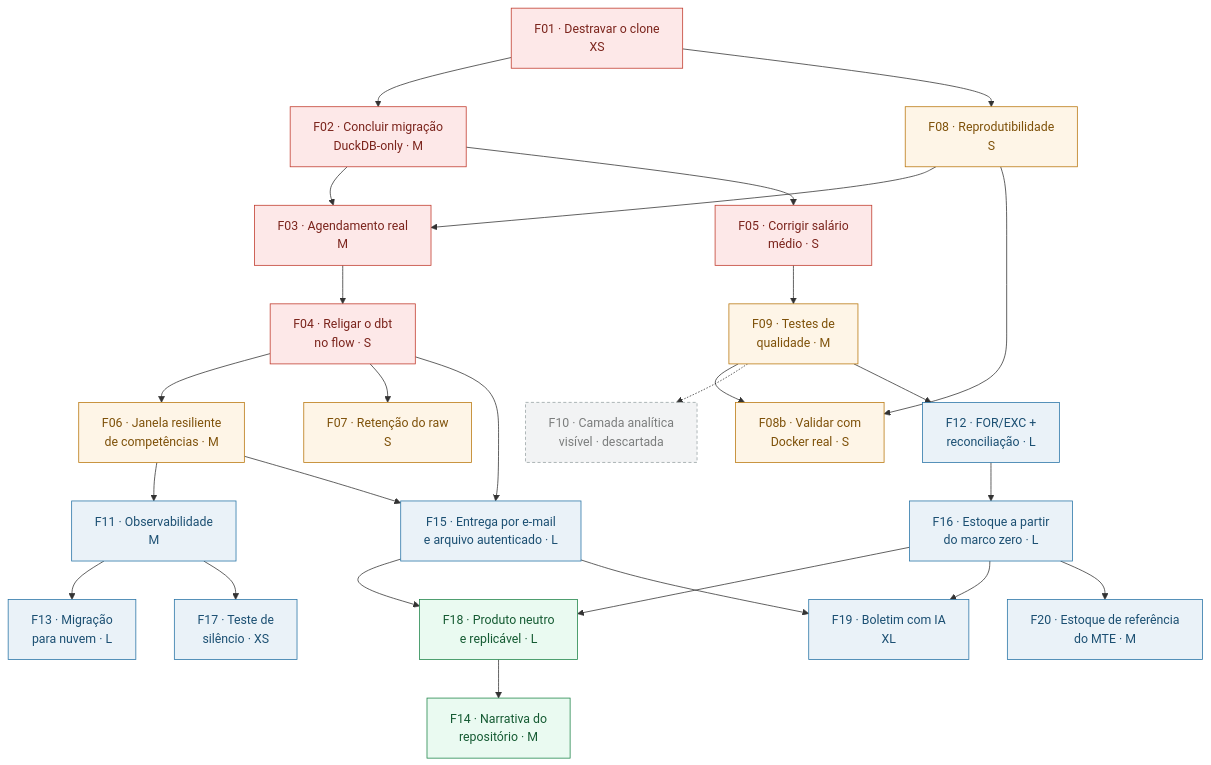
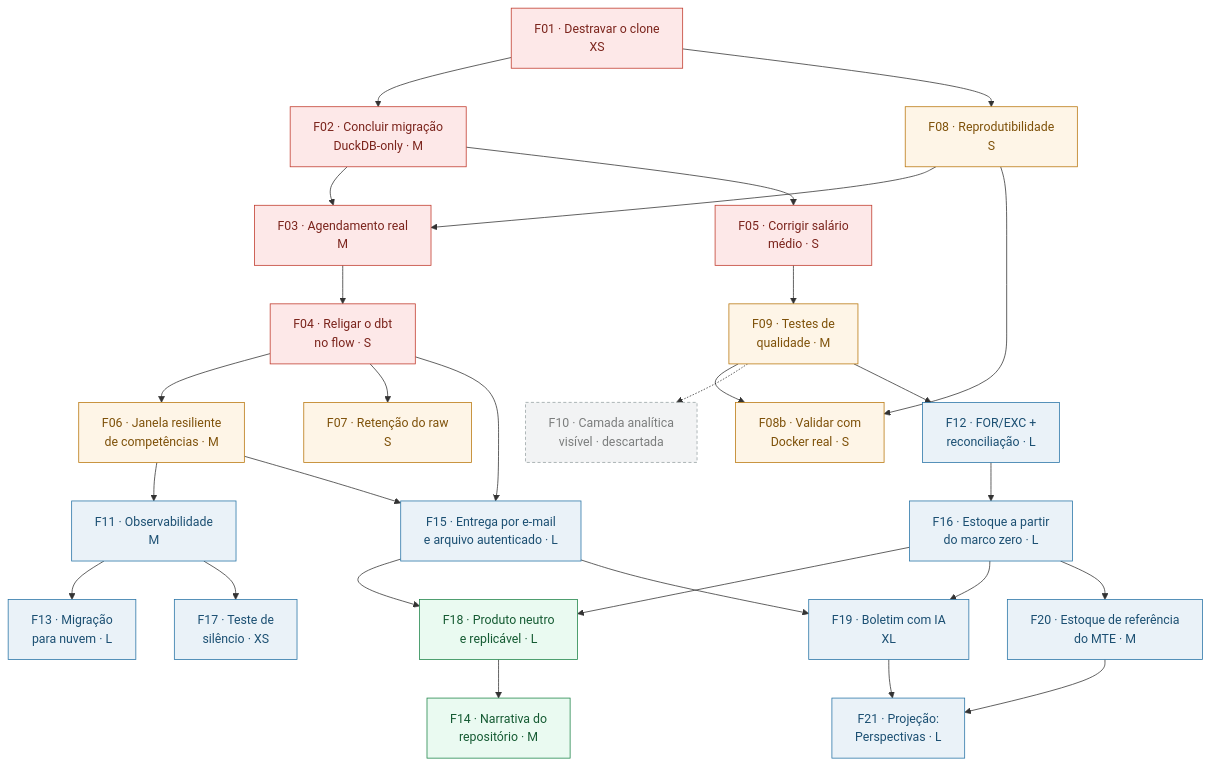
One commit to raulleninis/heco-caged-datastack changed the diagram in docs/fatias/README.md. Above: the diagram before and after it, drawn with Mermaid. The commit also changed other lines of this file and 14 other files, not shown here.

````diff
--- a/docs/fatias/README.md
+++ b/docs/fatias/README.md
@@ -13,39 +13,41 @@
 ```mermaid
 flowchart TD
     F01["F01 · Destravar o clone<br/>XS"] --> F02["F02 · Concluir migração<br/>DuckDB-only · M"]
     F01 --> F08["F08 · Reprodutibilidade<br/>S"]
     F02 --> F03["F03 · Agendamento real<br/>M"]
     F08 --> F03
     F03 --> F04["F04 · Religar o dbt<br/>no flow · S"]
     F04 --> F06["F06 · Janela resiliente<br/>de competências · M"]
     F02 --> F05["F05 · Corrigir salário<br/>médio · S"]
     F05 --> F09["F09 · Testes de<br/>qualidade · M"]
     F04 --> F07["F07 · Retenção do raw<br/>S"]
     F08 --> F08b["F08b · Validar com<br/>Docker real · S"]
     F09 --> F08b
     F09 -.-> F10["F10 · Camada analítica<br/>visível · descartada"]
     F06 --> F11["F11 · Observabilidade<br/>M"]
     F09 --> F12["F12 · FOR/EXC +<br/>reconciliação · L"]
     F11 --> F13["F13 · Migração<br/>para nuvem · L"]
     F16 --> F18["F18 · Produto neutro<br/>e replicável · L"]
     F15 --> F18
     F16 --> F19["F19 · Boletim com IA<br/>XL"]
     F15 --> F19
     F18 --> F14["F14 · Narrativa do<br/>repositório · M"]
     F04 --> F15["F15 · Entrega por e-mail<br/>e arquivo autenticado · L"]
     F06 --> F15
     F12 --> F16["F16 · Estoque a partir<br/>do marco zero · L"]
     F11 --> F17["F17 · Teste de<br/>silêncio · XS"]
     F16 --> F20["F20 · Estoque de referência<br/>do MTE · M"]
+    F19 --> F21["F21 · Projeção:<br/>Perspectivas · L"]
+    F20 --> F21
 
     classDef agora fill:#fde8e8,stroke:#c0392b,color:#7b241c
     classDef pre fill:#fef5e7,stroke:#b9770e,color:#7e5109
     classDef prod fill:#eaf2f8,stroke:#2874a6,color:#1b4f72
     classDef vitrine fill:#eafaf1,stroke:#1e8449,color:#145a32
     class F01,F02,F03,F04,F05 agora
     class F06,F07,F08,F08b,F09 pre
-    class F11,F12,F13,F15,F16,F17,F19,F20 prod
+    class F11,F12,F13,F15,F16,F17,F19,F20,F21 prod
     classDef descartada fill:#f2f3f4,stroke:#99a3a4,color:#7b7d7d,stroke-dasharray:4 3
     class F14,F18 vitrine
     class F10 descartada
 ```
````
